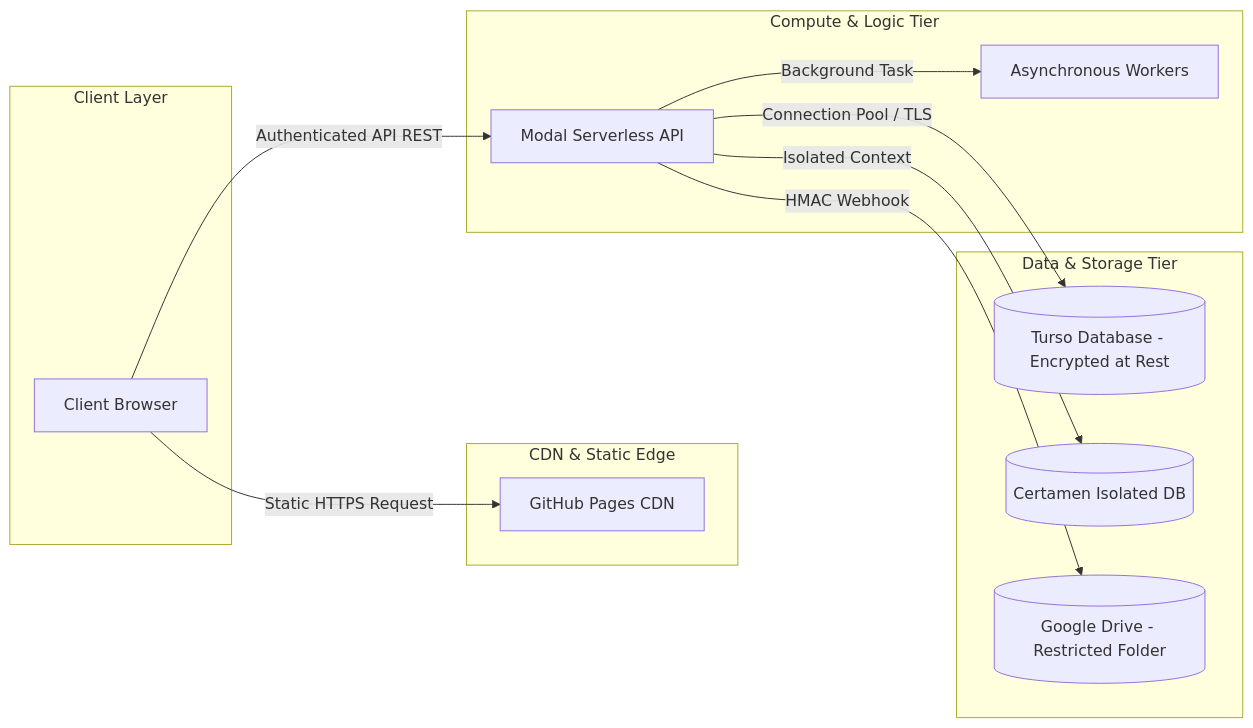
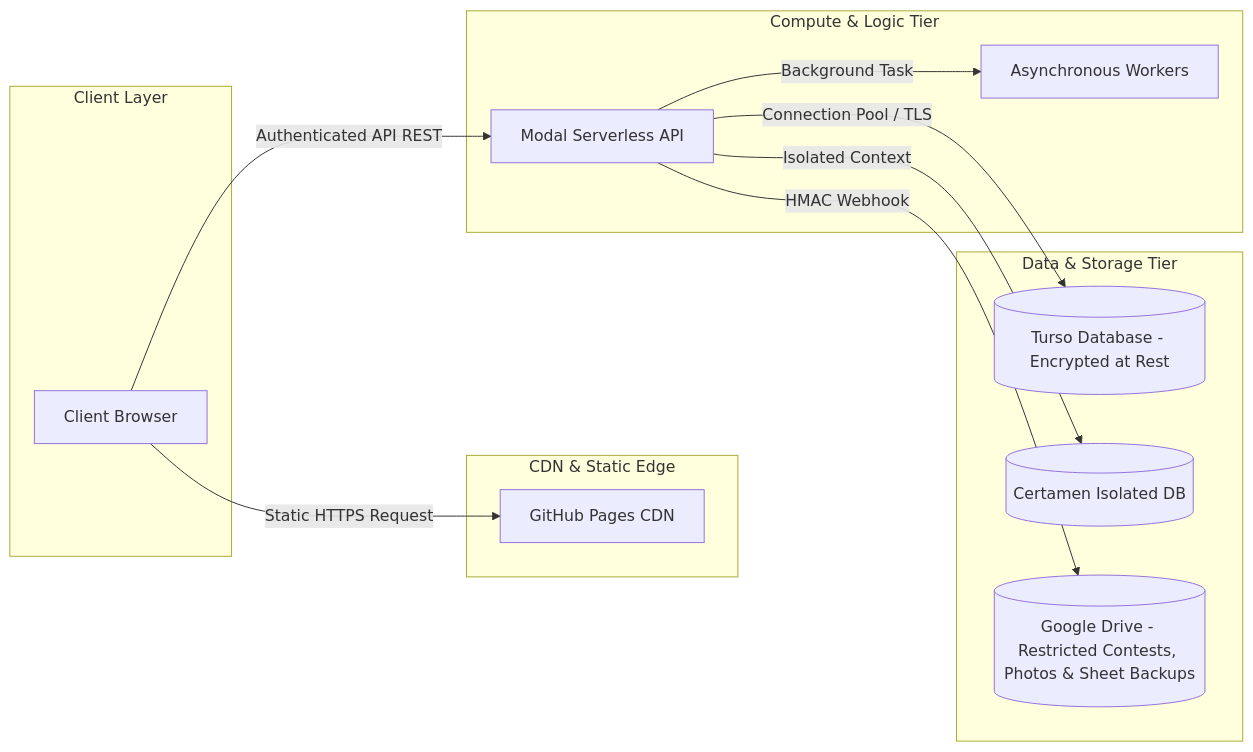
The diagram in docs/PRIVACY.md (tech-ovo/CAJCL-2027), drawn with Mermaid before and after one commit. The commit also changed other lines of this file and 19 other files, not shown here.

````diff
--- a/docs/PRIVACY.md
+++ b/docs/PRIVACY.md
@@ -27,28 +29,28 @@
 ```mermaid
 graph LR
     subgraph Client Layer
         Browser[Client Browser]
     end
 
     subgraph CDN & Static Edge
         GHP[GitHub Pages CDN]
     end
 
     subgraph Compute & Logic Tier
         Modal[Modal Serverless API]
         Worker[Asynchronous Workers]
     end
 
     subgraph Data & Storage Tier
         Turso[(Turso Database - Encrypted at Rest)]
         CertDB[(Certamen Isolated DB)]
-        Drive[(Google Drive - Restricted Folder)]
+        Drive[(Google Drive - Restricted Contests, Photos & Sheet Backups)]
     end
 
     Browser -->|Static HTTPS Request| GHP
     Browser -->|Authenticated API REST| Modal
     Modal -->|Connection Pool / TLS| Turso
     Modal -->|Isolated Context| CertDB
     Modal -->|Background Task| Worker
     Modal -->|HMAC Webhook| Drive
 ```
````
